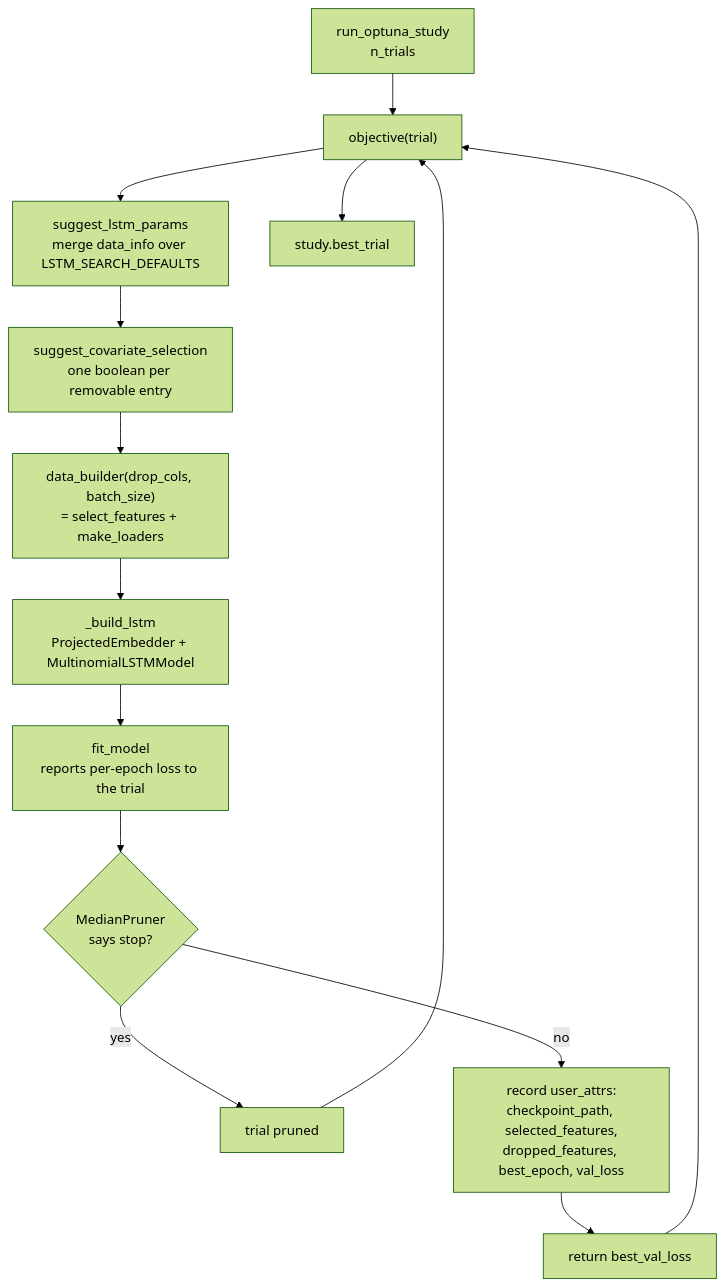
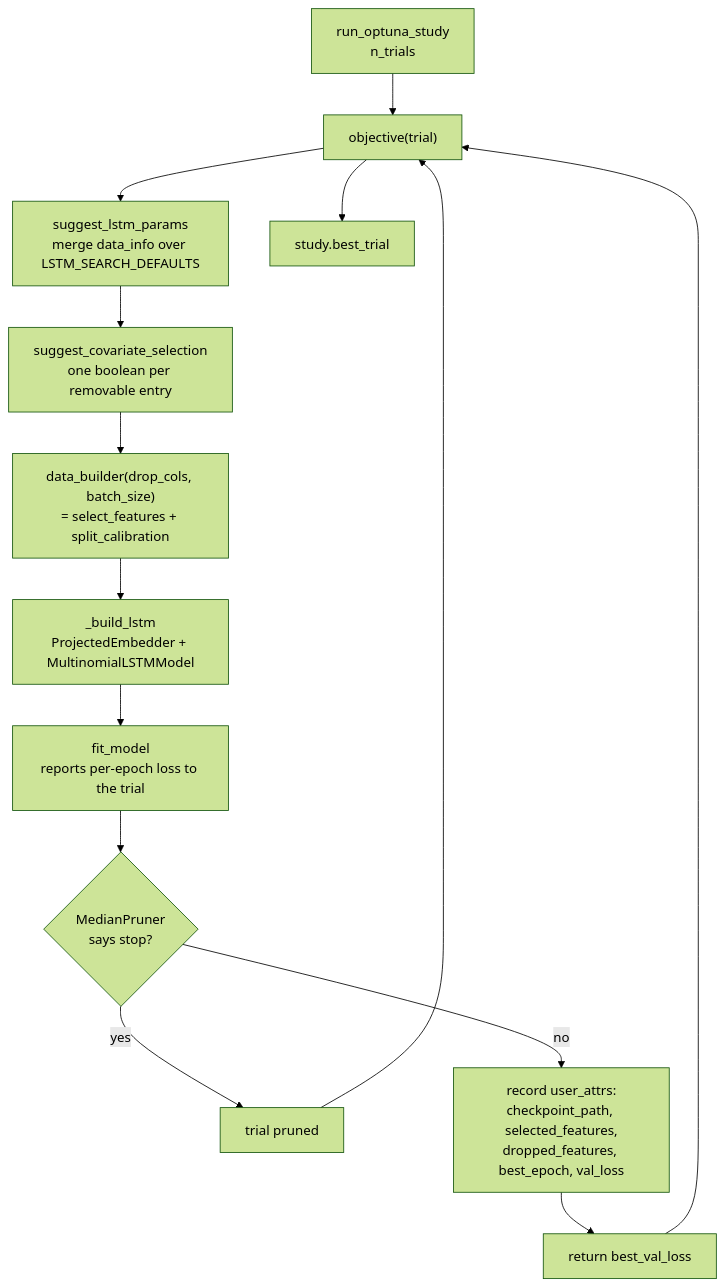
One commit to HuberPablo/panelclv changed the second of 3 diagrams in docs/running-a-model.md. Above: the diagram before and after it, drawn with Mermaid (forest theme). The commit also changed other lines of this file and 27 other files, not shown here.

````diff
--- a/docs/running-a-model.md
+++ b/docs/running-a-model.md
@@ -516,16 +518,16 @@
 ```mermaid
 flowchart TD
     START["run_optuna_study<br/>n_trials"] --> T["objective(trial)"]
     T --> SP["suggest_lstm_params<br/>merge data_info over LSTM_SEARCH_DEFAULTS"]
     SP --> CS["suggest_covariate_selection<br/>one boolean per removable entry"]
-    CS --> DB["data_builder(drop_cols, batch_size)<br/>= select_features + make_loaders"]
+    CS --> DB["data_builder(drop_cols, batch_size)<br/>= select_features + split_calibration"]
     DB --> BM["_build_lstm<br/>ProjectedEmbedder + MultinomialLSTMModel"]
     BM --> FIT["fit_model<br/>reports per-epoch loss to the trial"]
     FIT --> PRUNE{"MedianPruner<br/>says stop?"}
     PRUNE -->|yes| KILL["trial pruned"]
     PRUNE -->|no| UA["record user_attrs:<br/>checkpoint_path, selected_features,<br/>dropped_features, best_epoch, val_loss"]
     UA --> RET["return best_val_loss"]
     RET --> T
     KILL --> T
     T --> BEST["study.best_trial"]
 ```
````
